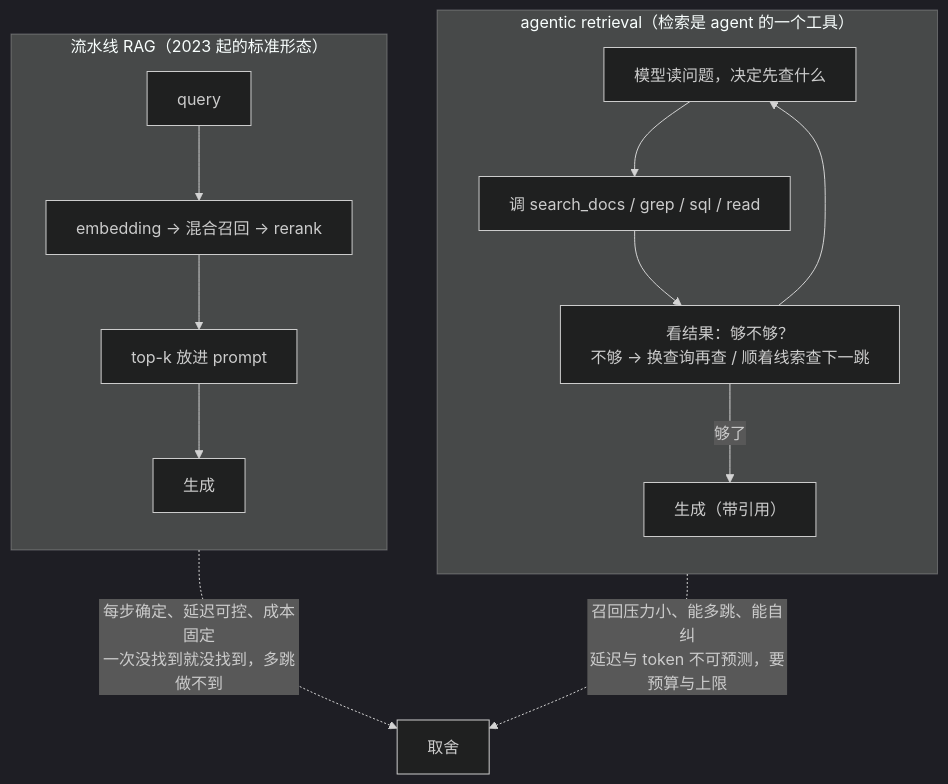
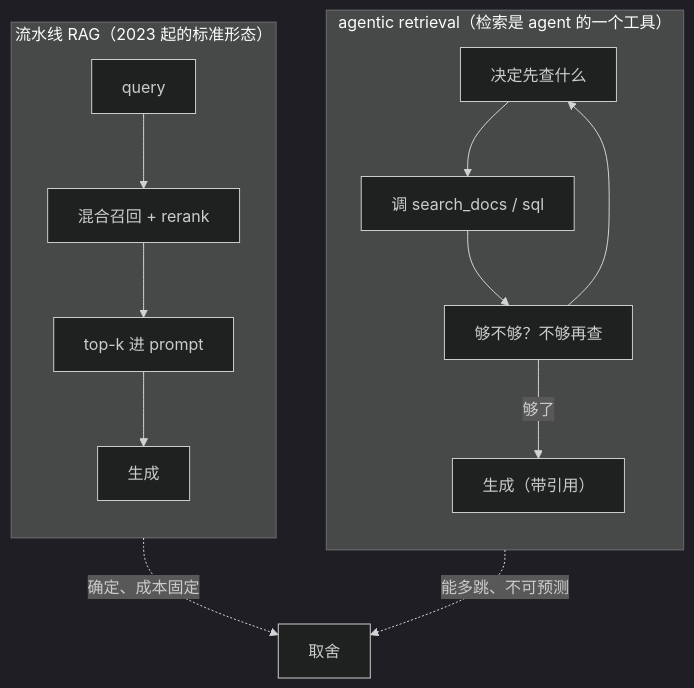
The sixth of 7 diagrams in slides/2026-10-19-retrieval-and-knowledge.md (arganzheng/arganzheng.github.com), drawn with Mermaid (dark theme) before and after one commit. The commit also changed other lines of this file, not shown here.

Commit message:
slides/retrieval-and-knowledge: cut/shorten mermaid diagrams below 14px rendered text (check-render smalltext/overlap)

````diff
--- a/slides/2026-10-19-retrieval-and-knowledge.md
+++ b/slides/2026-10-19-retrieval-and-knowledge.md
@@ -184,16 +183,16 @@
 ```mermaid
 %%{init: {"flowchart": {"wrappingWidth": 460}}}%%
 flowchart TB
     subgraph P["流水线 RAG（2023 起的标准形态）"]
         direction TB
-        P1["query"] --> P2["embedding → 混合召回 → rerank"] --> P3["top-k 放进 prompt"] --> P4["生成"]
+        P1["query"] --> P2["混合召回 + rerank"] --> P3["top-k 进 prompt"] --> P4["生成"]
     end
     subgraph AG["agentic retrieval（检索是 agent 的一个工具）"]
         direction TB
-        A1["模型读问题，决定先查什么"] --> A2["调 search_docs / grep / sql / read"] --> A3["看结果：够不够？<br/>不够 → 换查询再查 / 顺着线索查下一跳"] --> A1
+        A1["决定先查什么"] --> A2["调 search_docs / sql"] --> A3["够不够？不够再查"] --> A1
         A3 -- "够了" --> A4["生成（带引用）"]
     end
-    P -. "每步确定、延迟可控、成本固定<br/>一次没找到就没找到，多跳做不到" .-> X["取舍"]
-    AG -. "召回压力小、能多跳、能自纠<br/>延迟与 token 不可预测，要预算与上限" .-> X
+    P -. "确定、成本固定" .-> X["取舍"]
+    AG -. "能多跳、不可预测" .-> X
 
 ```
````
